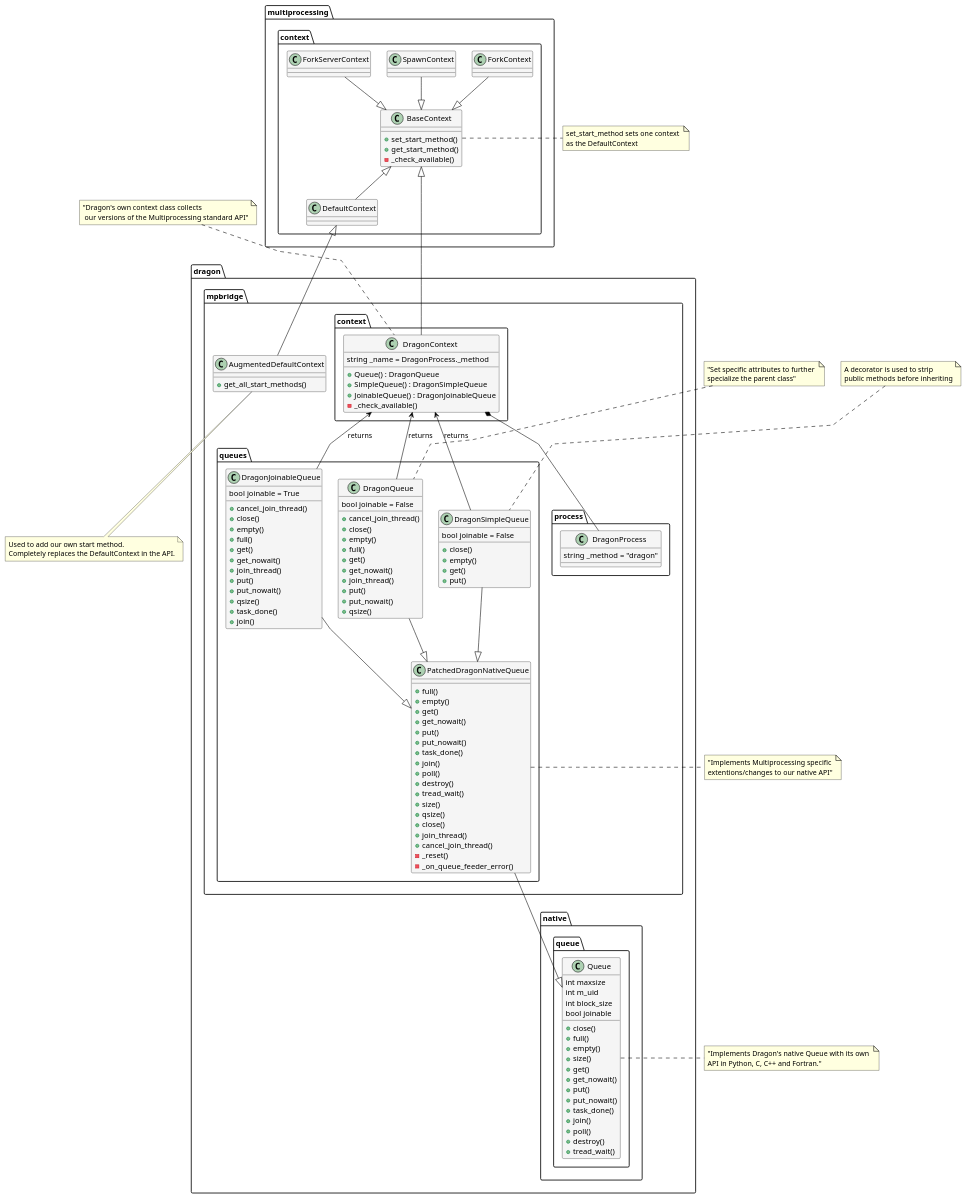
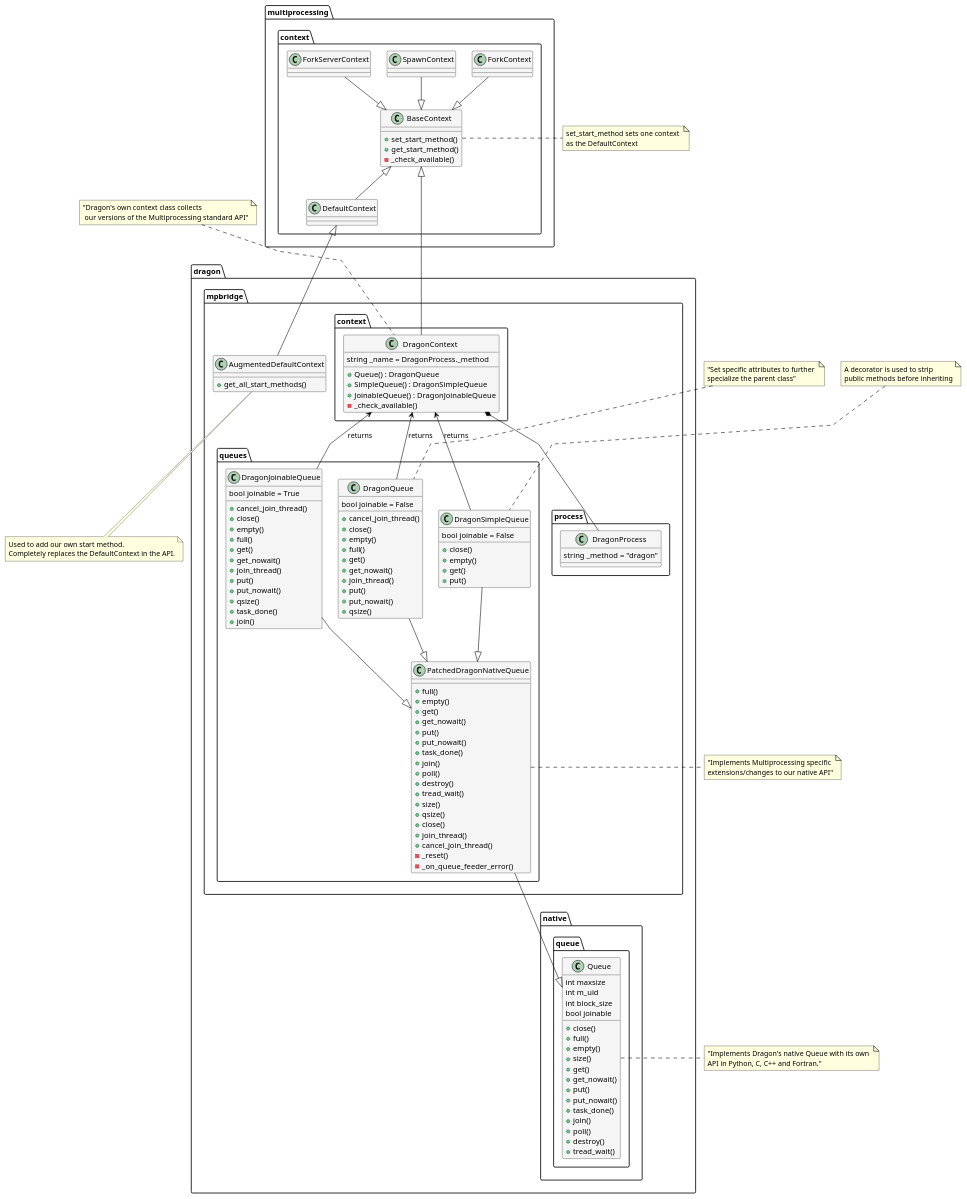
Before and after one commit to DragonHPC/dragon: the diagram in doc/ref/mpbridge/images/mpbridge_class_diagram.puml, drawn with PlantUML. The commit also changed 5 other files, not shown here.

```diff
--- a/doc/ref/mpbridge/images/mpbridge_class_diagram.puml
+++ b/doc/ref/mpbridge/images/mpbridge_class_diagram.puml
@@ -1,157 +1,157 @@
 @startuml
 
 ' title "Dragon mpbridge class diagram"
 
 skinparam componentStyle uml2
 skinparam shadowing false
 skinparam monochrome false
 
 ' skinparam linetype ortho
 skinparam linetype polyline
 skinparam nodesep 30
 skinparam class {
     BackgroundColor whitesmoke
     BorderColor black
     ArrowColor black
 }
 
 skinparam note {
     BackgroundColor lightyellow
     BorderColor black
 }
 
 set namespaceSeparator .
 
 class multiprocessing.context.BaseContext {
     +set_start_method()
     +get_start_method()
     -_check_available()
 }
 note right: set_start_method sets one context \nas the DefaultContext
 
 multiprocessing.context.ForkContext --|>multiprocessing.context.BaseContext 
 multiprocessing.context.SpawnContext --|>multiprocessing.context.BaseContext 
 multiprocessing.context.ForkServerContext --|>multiprocessing.context.BaseContext 
 multiprocessing.context.DefaultContext -u-|>multiprocessing.context.BaseContext 
 
 class dragon.mpbridge.AugmentedDefaultContext {
     +get_all_start_methods()
 }
 note bottom: Used to add our own start method. \nCompletely replaces the DefaultContext in the API.
 
 dragon.mpbridge.AugmentedDefaultContext -u-|> multiprocessing.context.DefaultContext
 
 class dragon.mpbridge.context.DragonContext {  
     +Queue() : DragonQueue
     +SimpleQueue() : DragonSimpleQueue
     +JoinableQueue() : DragonJoinableQueue
     -_check_available()
     string _name = DragonProcess._method
 }
 note top: "Dragon's own context class collects \n our versions of the Multiprocessing standard API"
 dragon.mpbridge.context.DragonContext -u-|>  multiprocessing.context.BaseContext
 dragon.mpbridge.context.DragonContext <-- dragon.mpbridge.queues.DragonQueue : returns
 dragon.mpbridge.context.DragonContext <-- dragon.mpbridge.queues.DragonSimpleQueue  : returns
 dragon.mpbridge.context.DragonContext <-- dragon.mpbridge.queues.DragonJoinableQueue : returns
 dragon.mpbridge.context.DragonContext *-- dragon.mpbridge.process.DragonProcess
 
 class dragon.mpbridge.process.DragonProcess {
     string _method = "dragon"
 }
 
 class dragon.mpbridge.queues.DragonQueue {
     bool joinable = False
     +cancel_join_thread()
     +close()
     +empty()
     +full()
     +get()
     +get_nowait()
     +join_thread()
     +put()
     +put_nowait()
     +qsize()
 }
 note top: "Set specific attributes to further \nspecialize the parent class"
 dragon.mpbridge.queues.DragonQueue --|> dragon.mpbridge.queues.PatchedDragonNativeQueue
 
 class dragon.mpbridge.queues.DragonJoinableQueue {
     bool joinable = True
     +cancel_join_thread()
     +close()
     +empty()
     +full()
     +get()
     +get_nowait()
     +join_thread()
     +put()
     +put_nowait()
     +qsize()
     +task_done()
     +join()
 }
 dragon.mpbridge.queues.DragonJoinableQueue --|> dragon.mpbridge.queues.PatchedDragonNativeQueue
 
 class dragon.mpbridge.queues.DragonSimpleQueue {
     bool joinable = False
     +close()
     +empty() 
     +get() 
     +put()
 }
 dragon.mpbridge.queues.DragonSimpleQueue --|> dragon.mpbridge.queues.PatchedDragonNativeQueue
 note top: A decorator is used to strip\npublic methods before inheriting
 
 class dragon.mpbridge.queues.PatchedDragonNativeQueue {    
     +full()
     +empty()
     +get()
     +get_nowait()
     +put()
     +put_nowait()
     +task_done()
     +join()
     +poll()
     +destroy()
     +tread_wait()
     +size()
     +qsize()
     +close()
     +join_thread()
     +cancel_join_thread()
     - _reset()
     - _on_queue_feeder_error()
 }
-note right: "Implements Multiprocessing specific \nextentions/changes to our native API"
+note right: "Implements Multiprocessing specific \nextensions/changes to our native API"
 dragon.mpbridge.queues.PatchedDragonNativeQueue --|> dragon.native.queue.Queue
 
 class dragon.native.queue.Queue {
     int maxsize
     int m_uid
     int block_size
     bool joinable
     +close()
     +full()
     +empty()
     +size()
     +get()
     +get_nowait()
     +put()
     +put_nowait()
     +task_done()
     +join()
     +poll()
     +destroy()
     +tread_wait()
 }   
 note right: "Implements Dragon's native Queue with its own \nAPI in Python, C, C++ and Fortran."
 
 
 
 
 
 
 
 'in case we want to hide components
 hide $hidden
 @enduml
```
